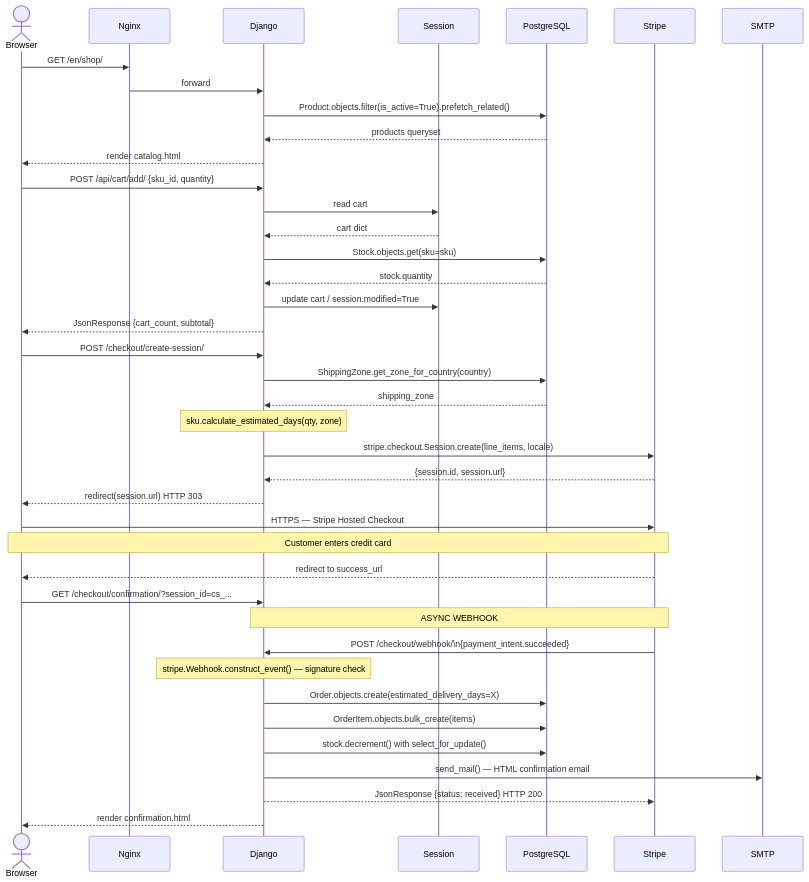
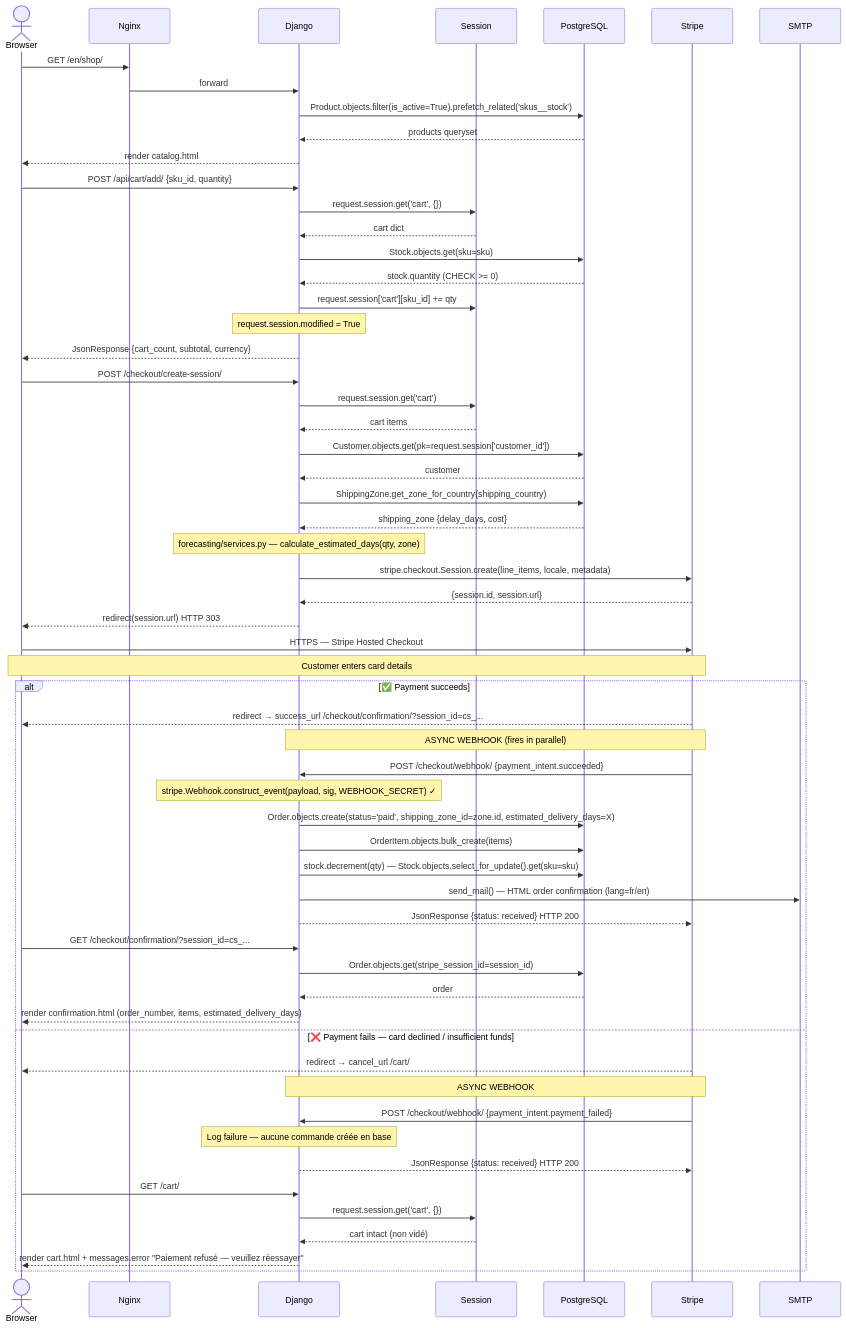
One commit to SaraEstelle/Lamos-chocolate changed the first of 5 diagrams in Portfolio/task3_sequence_diagrams.md. Above: the diagram before and after it, drawn with Mermaid. The commit also changed other lines of this file, not shown here.

First line of the commit message:
Update sequence diagrams for purchase and registration flows

````diff
--- a/Portfolio/task3_sequence_diagrams.md
+++ b/Portfolio/task3_sequence_diagrams.md
@@ -34,49 +33,71 @@
 ```mermaid
 sequenceDiagram
     actor Browser
     participant Nginx
     participant Django
     participant Session
     participant DB as PostgreSQL
     participant Stripe
     participant SMTP
 
     Browser->>Nginx: GET /en/shop/
     Nginx->>Django: forward
-    Django->>DB: Product.objects.filter(is_active=True).prefetch_related()
+    Django->>DB: Product.objects.filter(is_active=True).prefetch_related('skus__stock')
     DB-->>Django: products queryset
     Django-->>Browser: render catalog.html
 
     Browser->>Django: POST /api/cart/add/ {sku_id, quantity}
-    Django->>Session: read cart
+    Django->>Session: request.session.get('cart', {})
     Session-->>Django: cart dict
     Django->>DB: Stock.objects.get(sku=sku)
-    DB-->>Django: stock.quantity
-    Django->>Session: update cart / session.modified=True
-    Django-->>Browser: JsonResponse {cart_count, subtotal}
+    DB-->>Django: stock.quantity (CHECK >= 0)
+    Django->>Session: request.session['cart'][sku_id] += qty
+    Note over Django: request.session.modified = True
+    Django-->>Browser: JsonResponse {cart_count, subtotal, currency}
 
     Browser->>Django: POST /checkout/create-session/
-    Django->>DB: ShippingZone.get_zone_for_country(country)
-    DB-->>Django: shipping_zone
-    Note over Django: sku.calculate_estimated_days(qty, zone)
-    Django->>Stripe: stripe.checkout.Session.create(line_items, locale)
+    Django->>Session: request.session.get('cart')
+    Session-->>Django: cart items
+    Django->>DB: Customer.objects.get(pk=request.session['customer_id'])
+    DB-->>Django: customer
+    Django->>DB: ShippingZone.get_zone_for_country(shipping_country)
+    DB-->>Django: shipping_zone {delay_days, cost}
+    Note over Django: forecasting/services.py — calculate_estimated_days(qty, zone)
+    Django->>Stripe: stripe.checkout.Session.create(line_items, locale, metadata)
     Stripe-->>Django: {session.id, session.url}
     Django-->>Browser: redirect(session.url) HTTP 303
 
     Browser->>Stripe: HTTPS — Stripe Hosted Checkout
-    Note over Browser,Stripe: Customer enters credit card
-    Stripe-->>Browser: redirect to success_url
+    Note over Browser,Stripe: Customer enters card details
 
-    Browser->>Django: GET /checkout/confirmation/?session_id=cs_...
+    alt ✅ Payment succeeds
+        Stripe-->>Browser: redirect → success_url /checkout/confirmation/?session_id=cs_...
 
-    Note over Stripe,Django: ASYNC WEBHOOK
-    Stripe->>Django: POST /checkout/webhook/\n{payment_intent.succeeded}
-    Note over Django: stripe.Webhook.construct_event() — signature check
-    Django->>DB: Order.objects.create(estimated_delivery_days=X)
-    Django->>DB: OrderItem.objects.bulk_create(items)
-    Django->>DB: stock.decrement() with select_for_update()
-    Django->>SMTP: send_mail() — HTML confirmation email
-    Django-->>Stripe: JsonResponse {status: received} HTTP 200
+        Note over Stripe,Django: ASYNC WEBHOOK (fires in parallel)
+        Stripe->>Django: POST /checkout/webhook/ {payment_intent.succeeded}
+        Note over Django: stripe.Webhook.construct_event(payload, sig, WEBHOOK_SECRET) ✓
+        Django->>DB: Order.objects.create(status='paid', shipping_zone_id=zone.id, estimated_delivery_days=X)
+        Django->>DB: OrderItem.objects.bulk_create(items)
+        Django->>DB: stock.decrement(qty) — Stock.objects.select_for_update().get(sku=sku)
+        Django->>SMTP: send_mail() — HTML order confirmation (lang=fr/en)
+        Django-->>Stripe: JsonResponse {status: received} HTTP 200
 
-    Django-->>Browser: render confirmation.html
+        Browser->>Django: GET /checkout/confirmation/?session_id=cs_...
+        Django->>DB: Order.objects.get(stripe_session_id=session_id)
+        DB-->>Django: order
+        Django-->>Browser: render confirmation.html (order_number, items, estimated_delivery_days)
+
+    else ❌ Payment fails — card declined / insufficient funds
+        Stripe-->>Browser: redirect → cancel_url /cart/
+
+        Note over Stripe,Django: ASYNC WEBHOOK
+        Stripe->>Django: POST /checkout/webhook/ {payment_intent.payment_failed}
+        Note over Django: Log failure — aucune commande créée en base
+        Django-->>Stripe: JsonResponse {status: received} HTTP 200
+
+        Browser->>Django: GET /cart/
+        Django->>Session: request.session.get('cart', {})
+        Session-->>Django: cart intact (non vidé)
+        Django-->>Browser: render cart.html + messages.error "Paiement refusé — veuillez réessayer"
+    end
 ```
````
